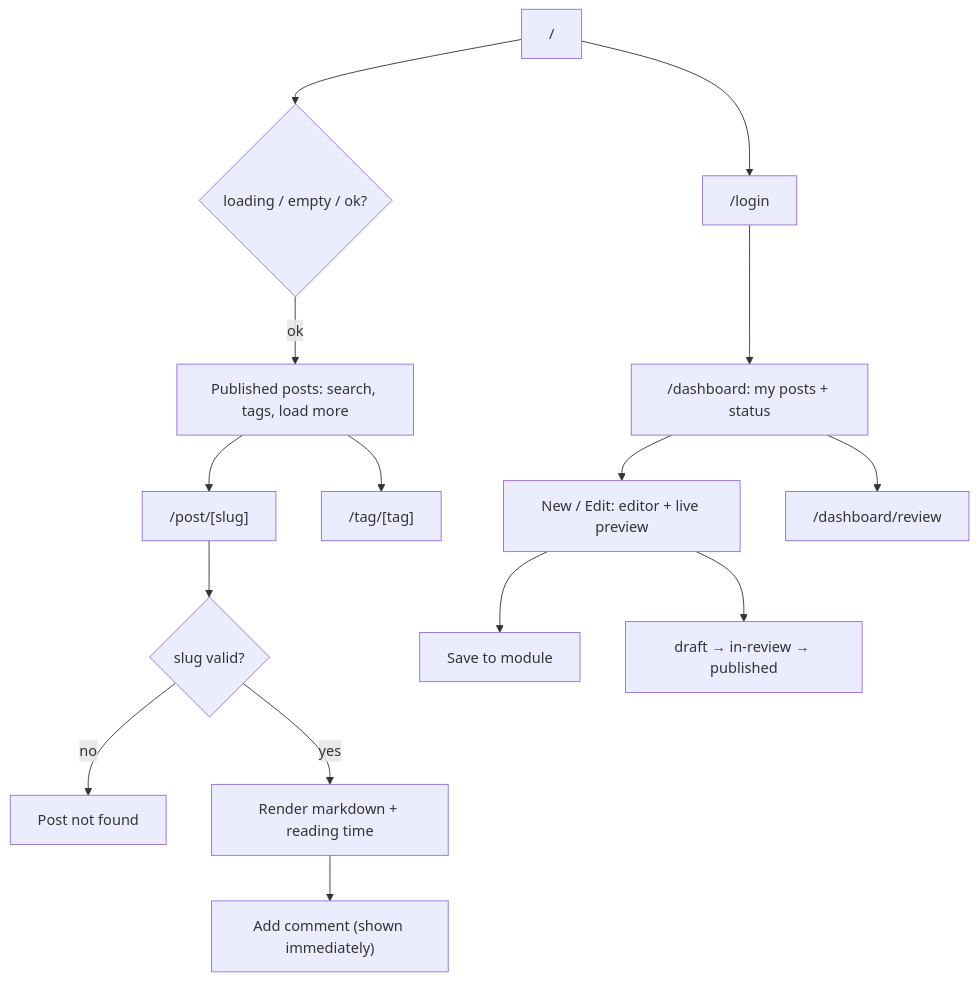
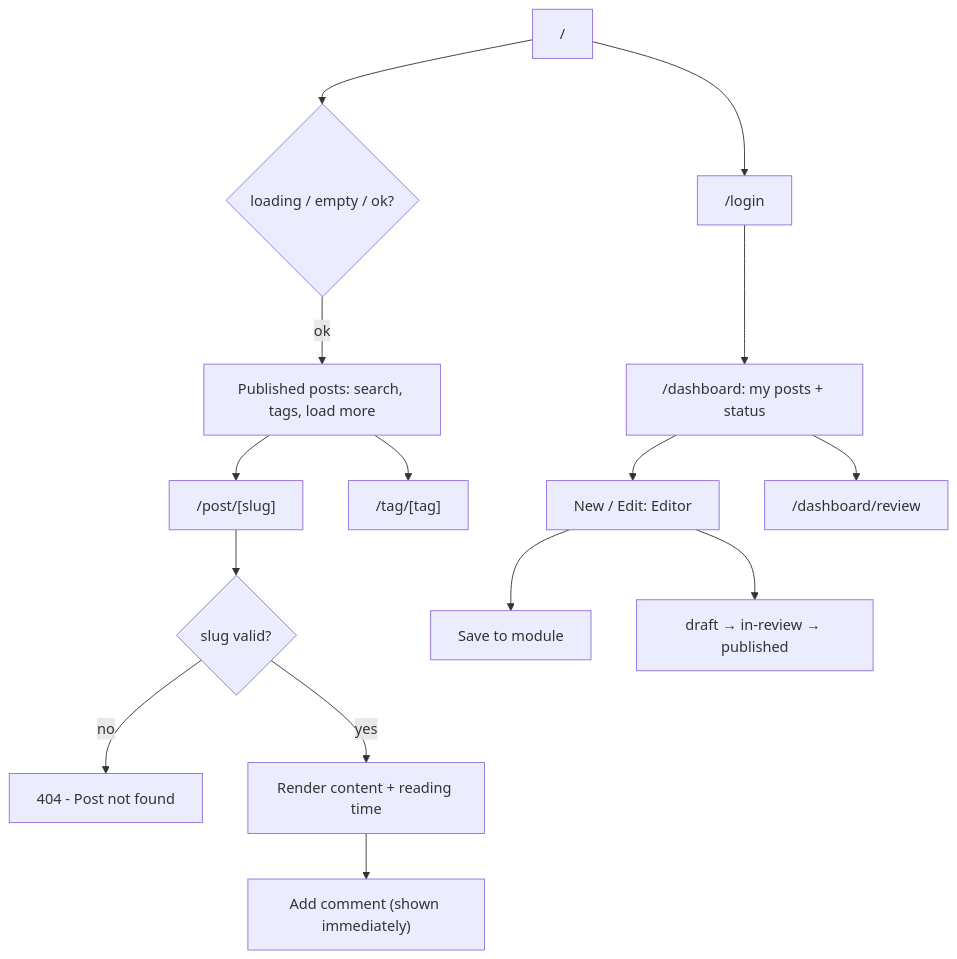
The diagram in projects/blog/junior/flow.md (trungnd-voyager/training), drawn with Mermaid before and after one commit. The commit also changed 11 other files, not shown here.

Commit message:
Update evaluation and flow documentation for blog and admin

````diff
--- a/projects/blog/junior/flow.md
+++ b/projects/blog/junior/flow.md
@@ -5,15 +5,15 @@
 ```mermaid
 flowchart TD
   Home["/"] --> S{"loading / empty / ok?"}
   S -- ok --> List["Published posts: search, tags, load more"]
   List --> Post["/post/[slug]"]
   Post --> V{"slug valid?"}
-  V -- no --> NF["Post not found"]
-  V -- yes --> Render["Render markdown + reading time"]
+  V -- no --> NF["404 - Post not found"]
+  V -- yes --> Render["Render content + reading time"]
   Render --> Cm["Add comment (shown immediately)"]
   List --> Tag["/tag/[tag]"]
   Home --> Login["/login"] --> Dash["/dashboard: my posts + status"]
-  Dash --> Edit["New / Edit: editor + live preview"] --> Save["Save to module"]
+  Dash --> Edit["New / Edit: Editor"] --> Save["Save to module"]
   Edit --> St["draft → in-review → published"]
   Dash --> Rev["/dashboard/review"]
 ```
````
